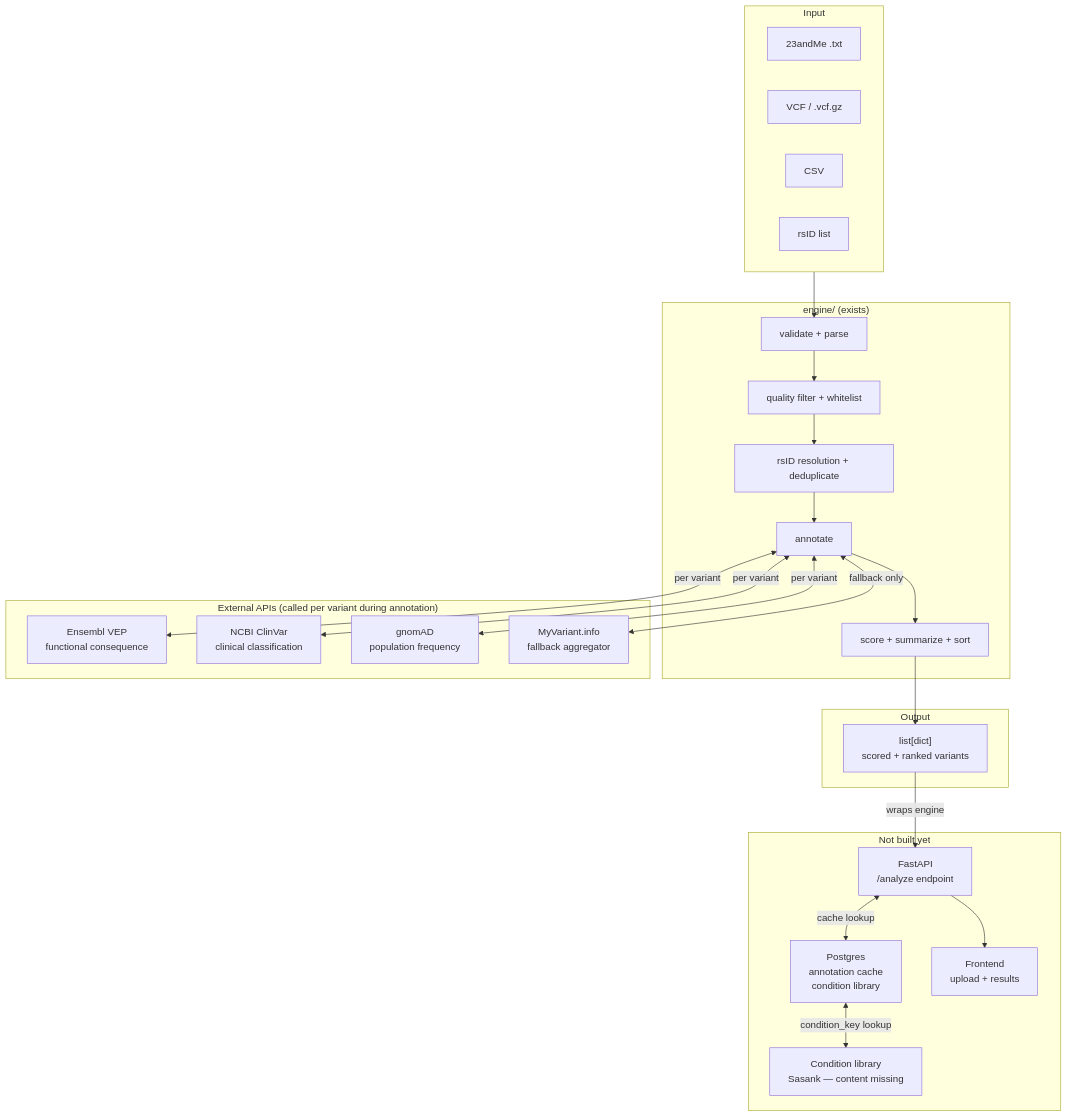
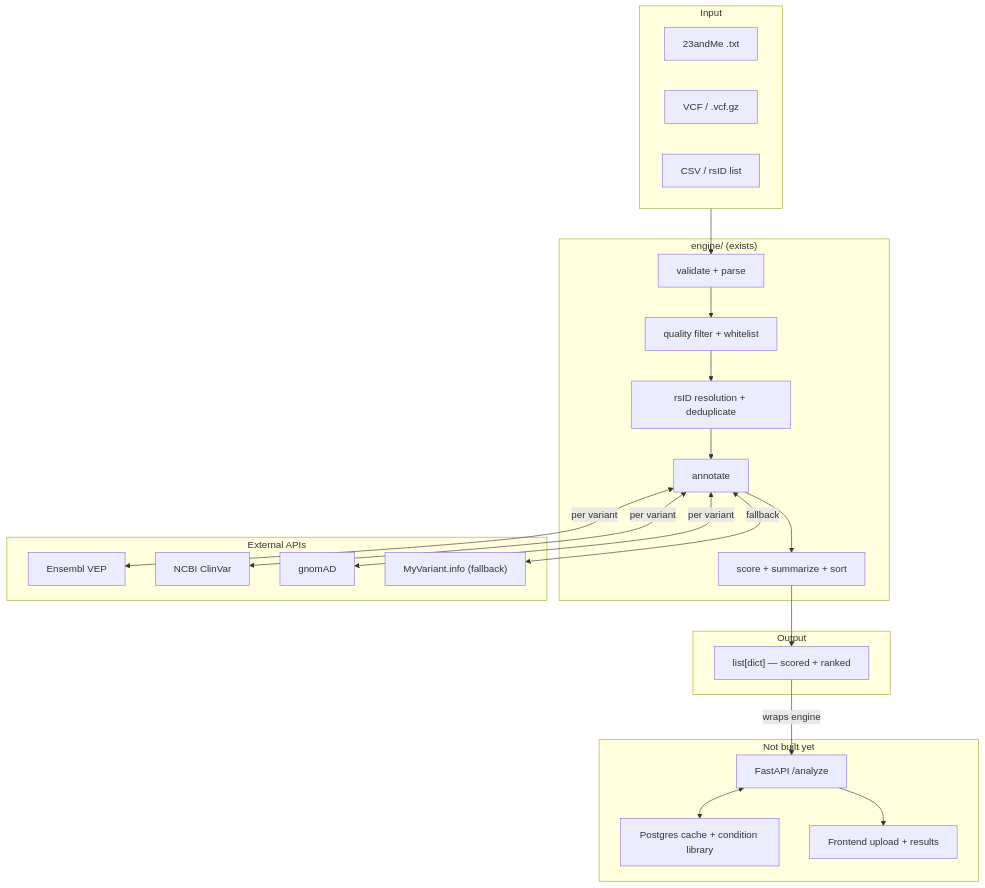
One commit to Florida-Man-Bioscience/u4u-engine changed the diagram in docs/architecture.md. Above: the diagram before and after it, drawn with Mermaid. The commit also changed other lines of this file and 5 other files, not shown here.

````diff
--- a/docs/architecture.md
+++ b/docs/architecture.md
@@ -11,47 +11,44 @@
 ```mermaid
 flowchart TD
     subgraph INPUT["Input"]
         A1["23andMe .txt"]
         A2["VCF / .vcf.gz"]
-        A3["CSV"]
-        A4["rsID list"]
+        A3["CSV / rsID list"]
     end
 
     subgraph ENGINE["engine/  (exists)"]
         B1["validate + parse"]
         B2["quality filter + whitelist"]
         B3["rsID resolution + deduplicate"]
         B4["annotate"]
         B5["score + summarize + sort"]
         B1 --> B2 --> B3 --> B4 --> B5
     end
 
-    subgraph APIS["External APIs  (called per variant during annotation)"]
-        C1["Ensembl VEP\nfunctional consequence"]
-        C2["NCBI ClinVar\nclinical classification"]
-        C3["gnomAD\npopulation frequency"]
-        C4["MyVariant.info\nfallback aggregator"]
+    subgraph APIS["External APIs"]
+        C1["Ensembl VEP"]
+        C2["NCBI ClinVar"]
+        C3["gnomAD"]
+        C4["MyVariant.info (fallback)"]
     end
 
     subgraph OUTPUT["Output"]
-        D1["list[dict]\nscored + ranked variants"]
+        D1["list[dict] — scored + ranked"]
     end
 
     subgraph MISSING["Not built yet"]
-        E1["FastAPI\n/analyze endpoint"]
-        E2["Postgres\nannotation cache\ncondition library"]
-        E3["Condition library\nSasank — content missing"]
-        E4["Frontend\nupload + results"]
+        E1["FastAPI /analyze"]
+        E2["Postgres cache + condition library"]
+        E3["Frontend upload + results"]
     end
 
     INPUT --> B1
     B4 <-->|"per variant"| C1
     B4 <-->|"per variant"| C2
     B4 <-->|"per variant"| C3
-    B4 <-->|"fallback only"| C4
+    B4 <-->|"fallback"| C4
     B5 --> D1
     D1 -->|"wraps engine"| E1
-    E1 <-->|"cache lookup"| E2
-    E2 <-->|"condition_key lookup"| E3
-    E1 --> E4
+    E1 <--> E2
+    E1 --> E3
 ```
````
